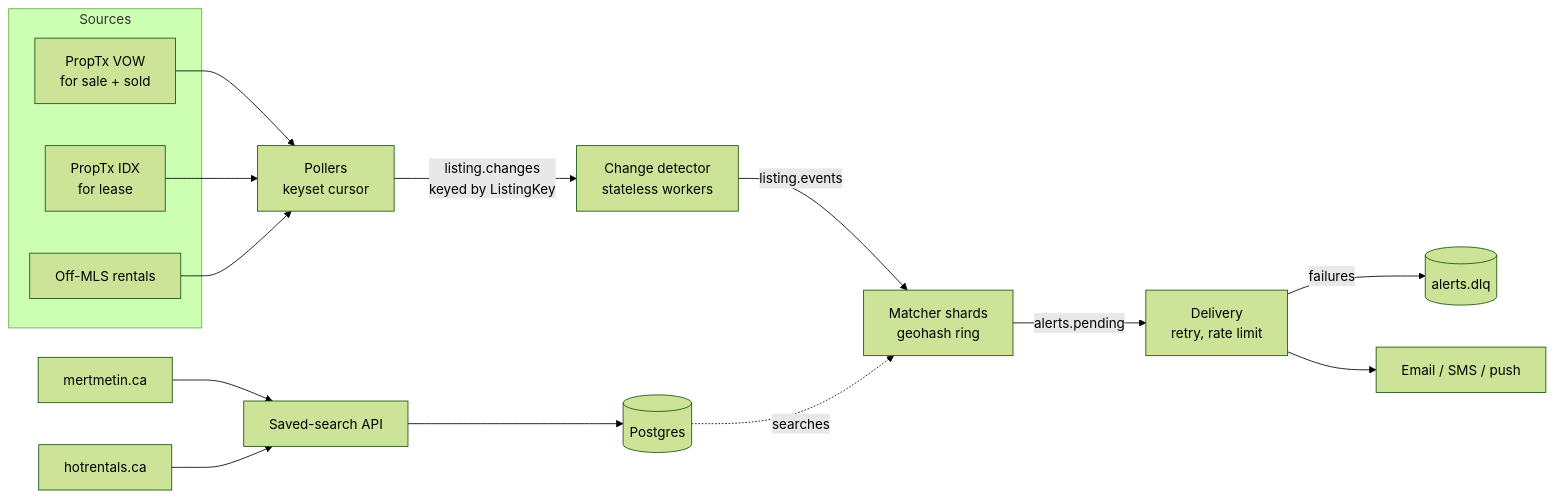
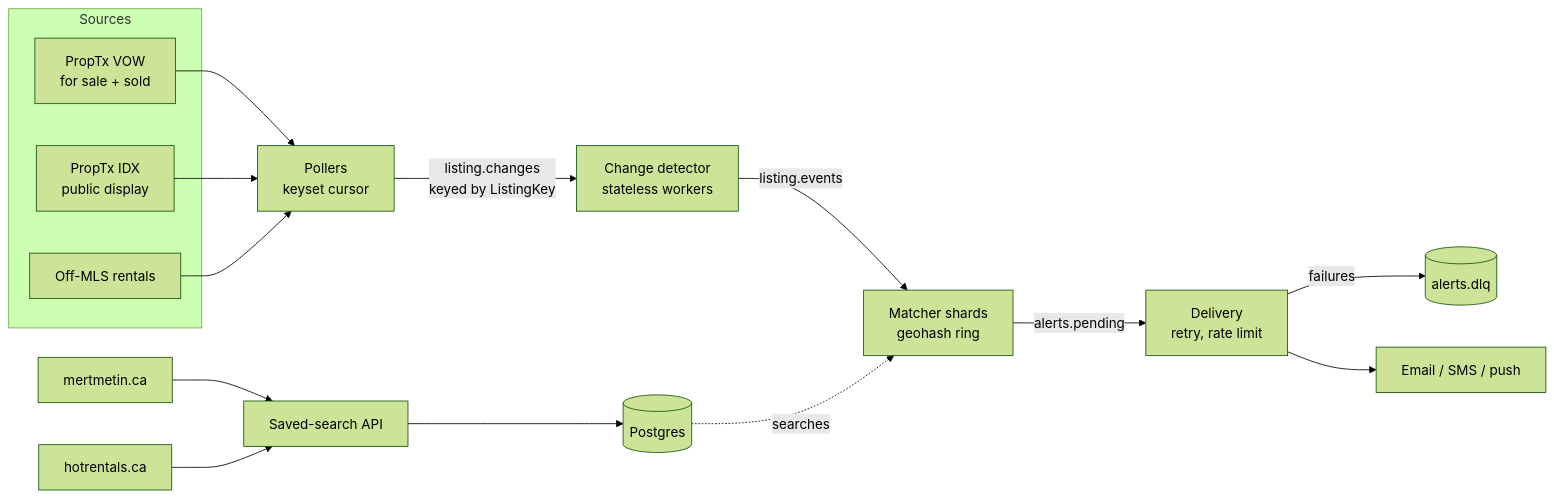
One commit to mertmetin/listing-alerts changed the diagram in README.md. Above: the diagram before and after it, drawn with Mermaid (forest theme). The commit also changed other lines of this file and 30 other files, not shown here.

First line of the commit message:
Milestone 1: ingestion from PropTx VOW, IDX and off-MLS rentals

````diff
--- a/README.md
+++ b/README.md
@@ -15,17 +17,17 @@
 ```mermaid
 flowchart LR
     subgraph Sources
         V[PropTx VOW<br/>for sale + sold]
-        I[PropTx IDX<br/>for lease]
+        I[PropTx IDX<br/>public display]
         O[Off-MLS rentals]
     end
     V & I & O --> P[Pollers<br/>keyset cursor]
     P -- listing.changes<br/>keyed by ListingKey --> D[Change detector<br/>stateless workers]
     D -- listing.events --> M[Matcher shards<br/>geohash ring]
     M -- alerts.pending --> A[Delivery<br/>retry, rate limit]
     A -- failures --> DLQ[(alerts.dlq)]
     A --> E[Email / SMS / push]
     API[Saved-search API] --> PG[(Postgres)]
     PG -. searches .-> M
     S1[mertmetin.ca] & S2[hotrentals.ca] --> API
 ```
````
